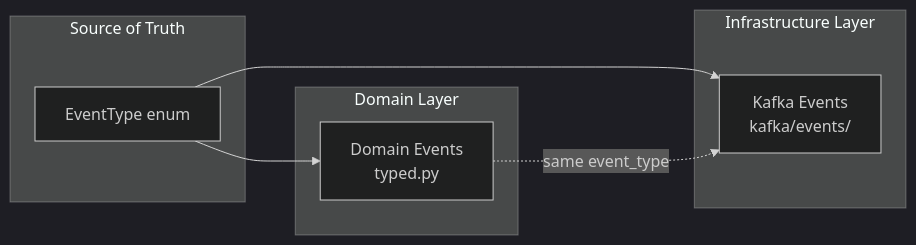
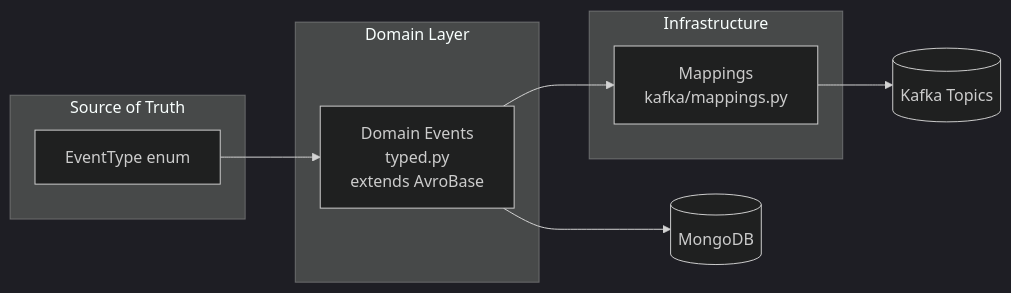
One commit to HardMax71/Integr8sCode changed the first of 3 diagrams in docs/architecture/event-system-design.md. Above: the diagram before and after it, drawn with Mermaid (dark theme). The commit also changed other lines of this file and 132 other files, not shown here.

First line of the commit message:
2 events system (domain, avro) -> single one (#84)

````diff
--- a/docs/architecture/event-system-design.md
+++ b/docs/architecture/event-system-design.md
@@ -9,18 +9,19 @@
 ```mermaid
 graph LR
     subgraph "Source of Truth"
         ET[EventType enum]
     end
 
     subgraph "Domain Layer"
-        DE[Domain Events<br/>typed.py]
+        DE[Domain Events<br/>typed.py<br/>extends AvroBase]
     end
 
-    subgraph "Infrastructure Layer"
-        KE[Kafka Events<br/>kafka/events/]
+    subgraph "Infrastructure"
+        M[Mappings<br/>kafka/mappings.py]
     end
 
     ET --> DE
-    ET --> KE
-    DE -.->|"same event_type"| KE
+    DE --> M
+    M --> Kafka[(Kafka Topics)]
+    DE --> MongoDB[(MongoDB)]
 ```
````
